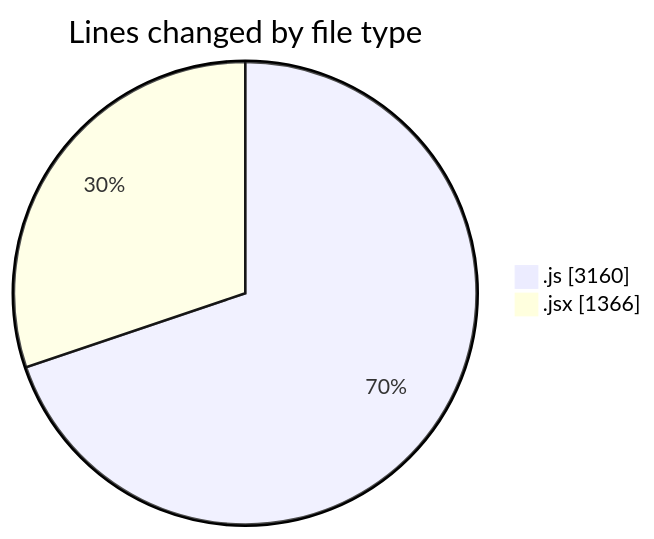
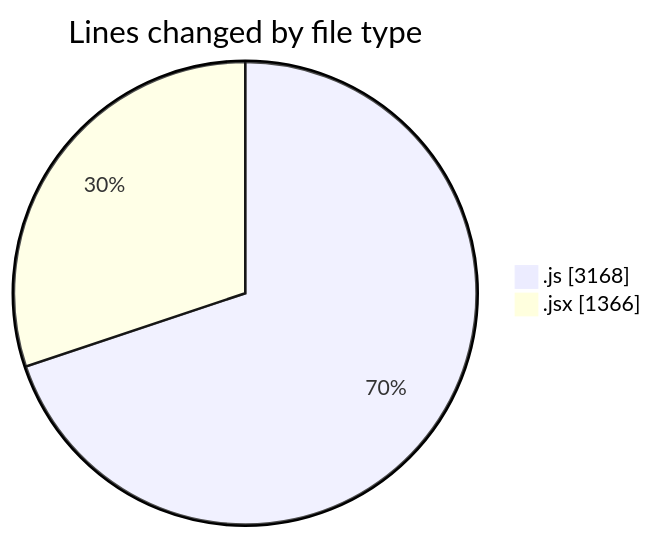
The first of 2 diagrams in 2025-07-23/nxtqube_webapp/README.md (nxtqubesakshisongat/code-tracking), drawn with Mermaid before and after one commit. The commit also changed other lines of this file and 1 other file, not shown here.

````diff
--- a/2025-07-23/nxtqube_webapp/README.md
+++ b/2025-07-23/nxtqube_webapp/README.md
@@ -42,6 +42,6 @@
 ```mermaid
 pie showData
 title Lines changed by file type
-".js" : 3160
+".js" : 3168
 ".jsx" : 1366
 ```
````
